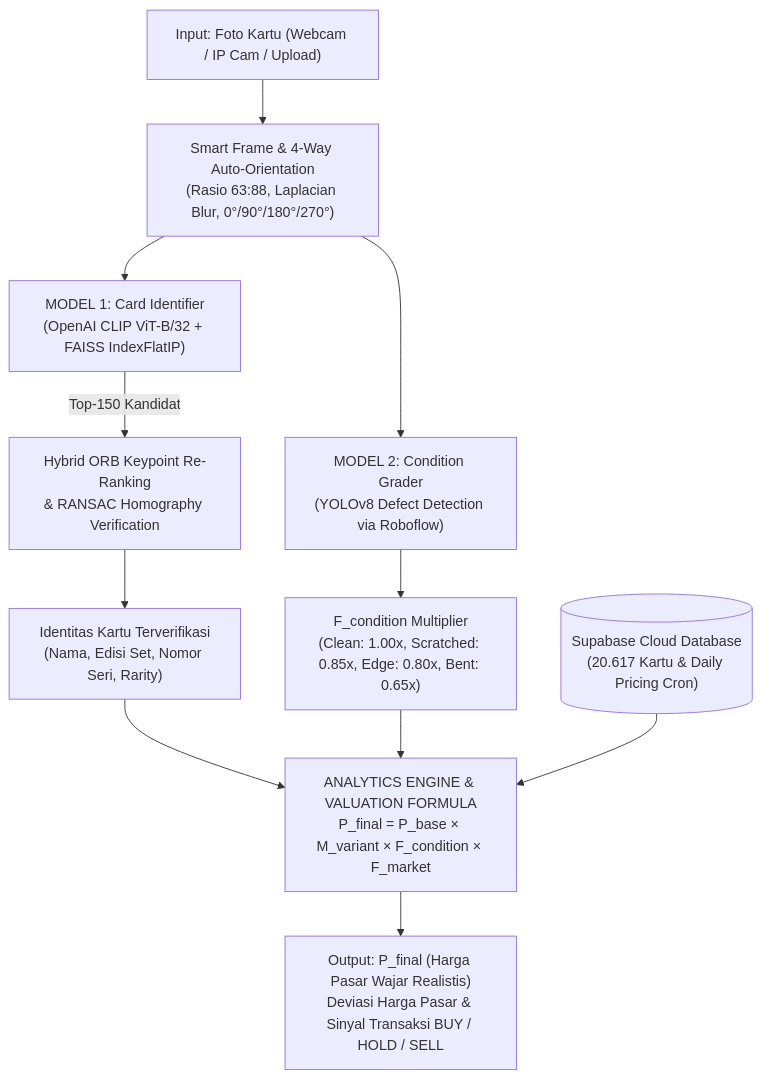
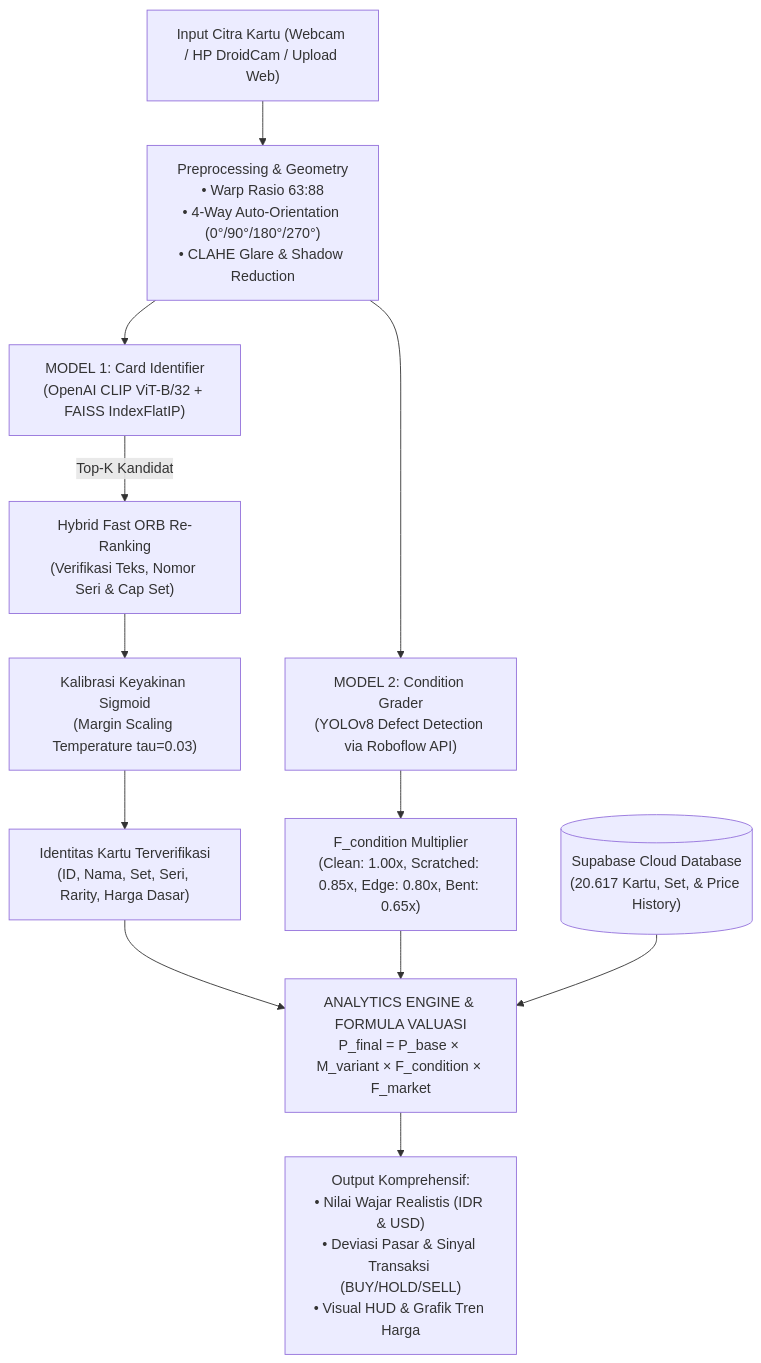
The diagram in README.md (Bejochan/pokemon-card-value-analytic-tool), drawn with Mermaid before and after one commit. The commit also changed other lines of this file, not shown here.

````diff
--- a/README.md
+++ b/README.md
@@ -33,19 +31,20 @@
 ```mermaid
 graph TD
-    Input["Input: Foto Kartu (Webcam / IP Cam / Upload)"] --> Preproc["Smart Frame & 4-Way Auto-Orientation<br/>(Rasio 63:88, Laplacian Blur, 0°/90°/180°/270°)"]
+    Input["Input Citra Kartu (Webcam / HP DroidCam / Upload Web)"] --> Preproc["Preprocessing & Geometry<br/>• Warp Rasio 63:88<br/>• 4-Way Auto-Orientation (0°/90°/180°/270°)<br/>• CLAHE Glare & Shadow Reduction"]
     
     Preproc --> M1["MODEL 1: Card Identifier<br/>(OpenAI CLIP ViT-B/32 + FAISS IndexFlatIP)"]
-    Preproc --> M2["MODEL 2: Condition Grader<br/>(YOLOv8 Defect Detection via Roboflow)"]
+    Preproc --> M2["MODEL 2: Condition Grader<br/>(YOLOv8 Defect Detection via Roboflow API)"]
     
-    M1 -->|Top-150 Kandidat| ORB["Hybrid ORB Keypoint Re-Ranking<br/>& RANSAC Homography Verification"]
-    ORB --> CardID["Identitas Kartu Terverifikasi<br/>(Nama, Edisi Set, Nomor Seri, Rarity)"]
+    M1 -->|Top-K Kandidat| ORB["Hybrid Fast ORB Re-Ranking<br/>(Verifikasi Teks, Nomor Seri & Cap Set)"]
+    ORB --> Sigmoid["Kalibrasi Keyakinan Sigmoid<br/>(Margin Scaling Temperature tau=0.03)"]
+    Sigmoid --> CardID["Identitas Kartu Terverifikasi<br/>(ID, Nama, Set, Seri, Rarity, Harga Dasar)"]
     
     M2 --> ConditionScore["F_condition Multiplier<br/>(Clean: 1.00x, Scratched: 0.85x, Edge: 0.80x, Bent: 0.65x)"]
     
-    CardID --> Valuation["ANALYTICS ENGINE & VALUATION FORMULA<br/>P_final = P_base × M_variant × F_condition × F_market"]
+    CardID --> Valuation["ANALYTICS ENGINE & FORMULA VALUASI<br/>P_final = P_base × M_variant × F_condition × F_market"]
     ConditionScore --> Valuation
     
-    Supabase[("Supabase Cloud Database<br/>(20.617 Kartu & Daily Pricing Cron)")] --> Valuation
+    Supabase[("Supabase Cloud Database<br/>(20.617 Kartu, Set, & Price History)")] --> Valuation
     
-    Valuation --> Output["Output: P_final (Harga Pasar Wajar Realistis)<br/>Deviasi Harga Pasar & Sinyal Transaksi BUY / HOLD / SELL"]
+    Valuation --> Output["Output Komprehensif:<br/>• Nilai Wajar Realistis (IDR & USD)<br/>• Deviasi Pasar & Sinyal Transaksi (BUY/HOLD/SELL)<br/>• Visual HUD & Grafik Tren Harga"]
 ```
````
